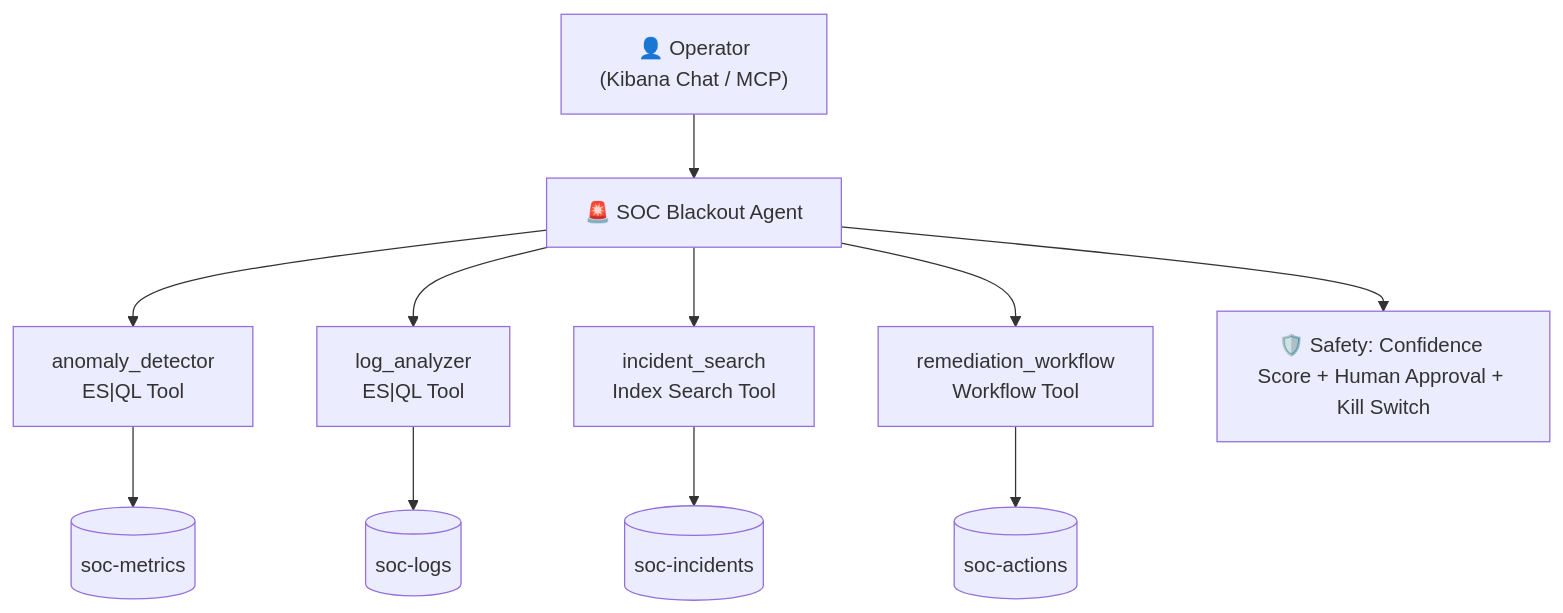
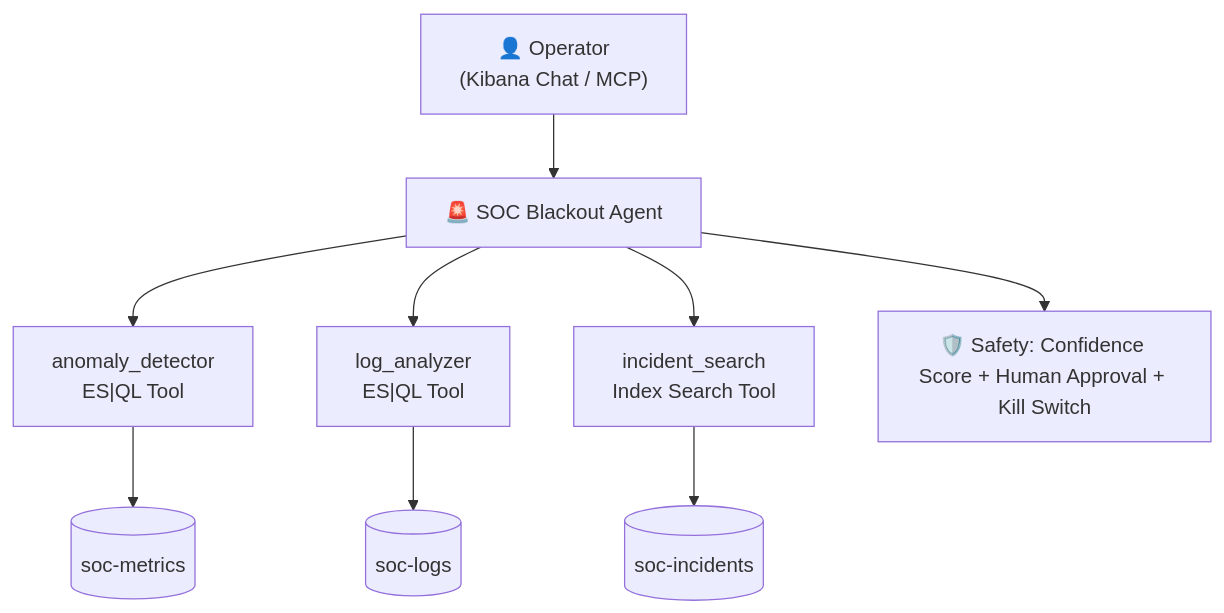
The diagram in README.md (Elbrak17/soc-blackout), drawn with Mermaid before and after one commit. The commit also changed other lines of this file and 5 other files, not shown here.

First line of the commit message:
refactor: remove remediation_workflow — agent handles post-mortem inline

````diff
--- a/README.md
+++ b/README.md
@@ -13,16 +13,14 @@
 ```mermaid
 flowchart TD
     O["👤 Operator<br/>(Kibana Chat / MCP)"] --> A["🚨 SOC Blackout Agent"]
     
     A --> T1["anomaly_detector<br/>ES|QL Tool"]
     A --> T2["log_analyzer<br/>ES|QL Tool"]
     A --> T3["incident_search<br/>Index Search Tool"]
-    A --> T4["remediation_workflow<br/>Workflow Tool"]
     
     T1 --> M[("soc-metrics")]
     T2 --> L[("soc-logs")]
     T3 --> I[("soc-incidents")]
-    T4 --> AC[("soc-actions")]
     
     A --> S["🛡️ Safety: Confidence Score + Human Approval + Kill Switch"]
 ```
````
